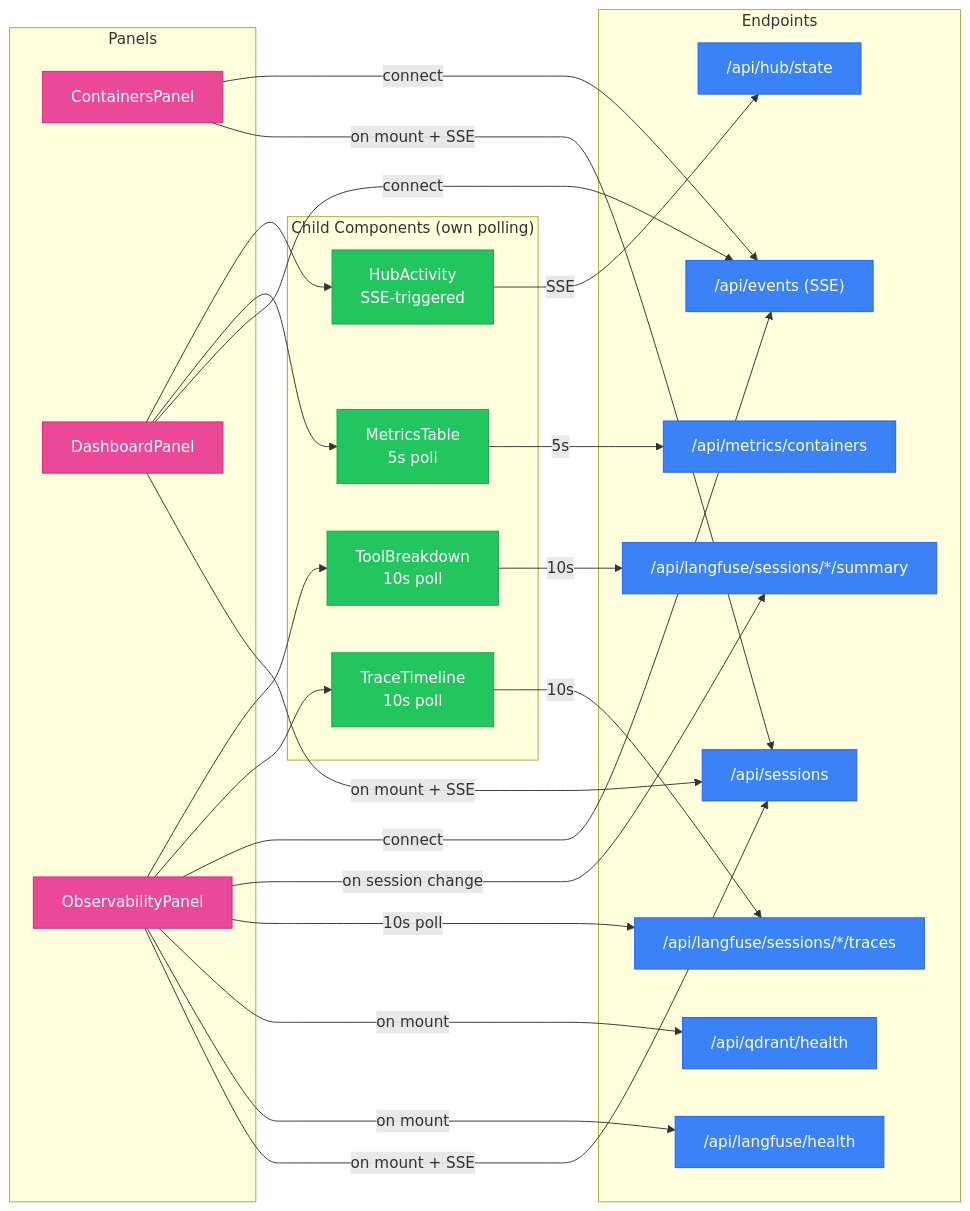
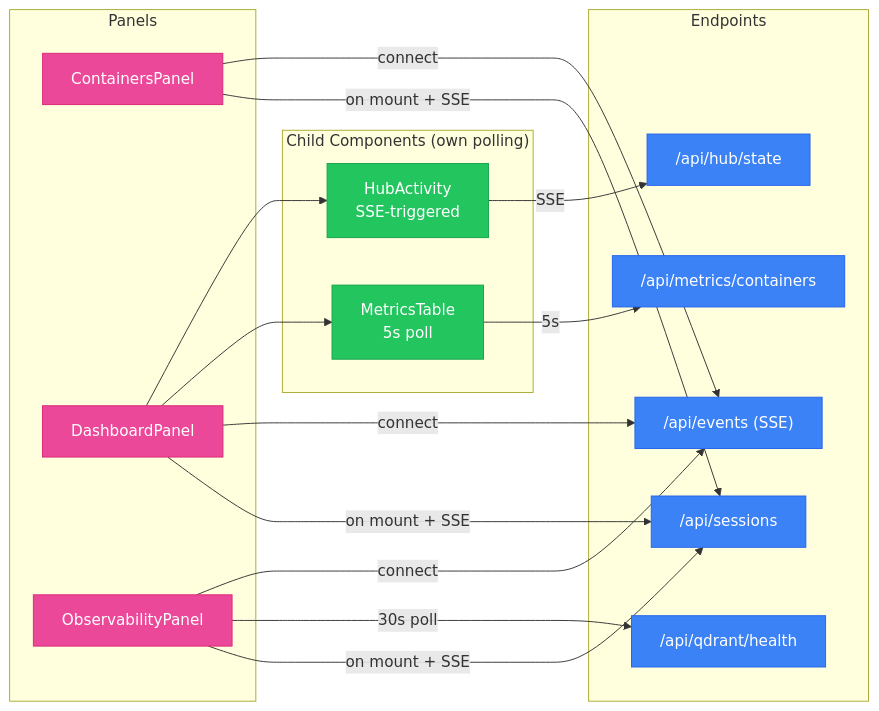
Before and after one commit to neverprepared/phantom-ink: the third of 4 diagrams in docs/brainbox/dashboard.md, drawn with Mermaid. The commit also changed other lines of this file and 239 other files, not shown here.

````diff
--- a/docs/brainbox/dashboard.md
+++ b/docs/brainbox/dashboard.md
@@ -103,57 +101,45 @@
 ```mermaid
 flowchart LR
     subgraph Panels
         CP[ContainersPanel]
         DP[DashboardPanel]
         OP[ObservabilityPanel]
     end
 
     subgraph Endpoints
         E1["/api/sessions"]
         E2["/api/metrics/containers"]
         E3["/api/hub/state"]
-        E4["/api/langfuse/health"]
         E5["/api/qdrant/health"]
-        E6["/api/langfuse/sessions/*/traces"]
-        E7["/api/langfuse/sessions/*/summary"]
         E8["/api/events (SSE)"]
     end
 
     CP -->|on mount + SSE| E1
     CP -->|connect| E8
 
     DP -->|on mount + SSE| E1
     DP -->|connect| E8
 
     OP -->|on mount + SSE| E1
-    OP -->|on mount| E4
-    OP -->|on mount| E5
-    OP -->|10s poll| E6
-    OP -->|on session change| E7
+    OP -->|30s poll| E5
     OP -->|connect| E8
 
     subgraph ChildComponents["Child Components (own polling)"]
         MT2[MetricsTable<br/>5s poll]
         HA2[HubActivity<br/>SSE-triggered]
-        TT2[TraceTimeline<br/>10s poll]
-        TB2[ToolBreakdown<br/>10s poll]
     end
 
     DP --> MT2
     DP --> HA2
-    OP --> TT2
-    OP --> TB2
 
     MT2 -->|5s| E2
     HA2 -->|SSE| E3
-    TT2 -->|10s| E6
-    TB2 -->|10s| E7
 
     classDef panelStyle fill:#ec4899,stroke:#db2777,color:#fff
     classDef endpointStyle fill:#3b82f6,stroke:#2563eb,color:#fff
     classDef childStyle fill:#22c55e,stroke:#16a34a,color:#fff
 
     class CP,DP,OP panelStyle
-    class E1,E2,E3,E4,E5,E6,E7,E8 endpointStyle
-    class MT2,HA2,TT2,TB2 childStyle
+    class E1,E2,E3,E5,E8 endpointStyle
+    class MT2,HA2 childStyle
 ```
````
